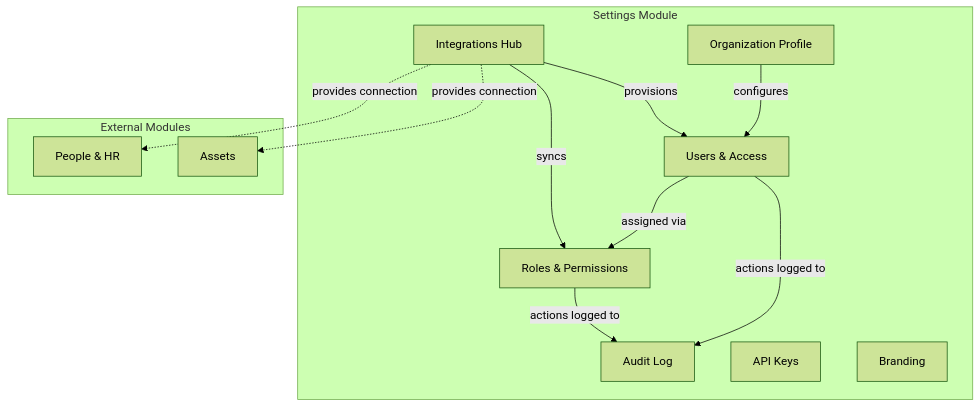
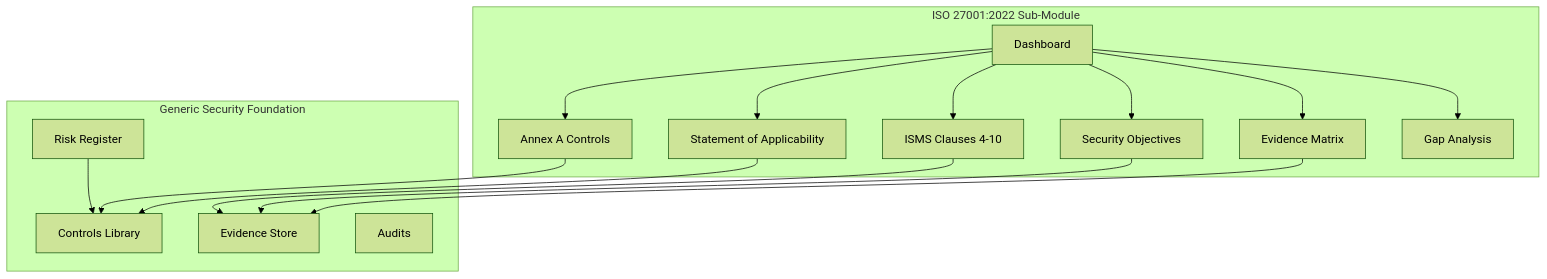
The diagram in apps/web/content/docs/isms.mdx (stellarsoft-tech/IdaraOS), drawn with Mermaid (forest theme) before and after one commit. The commit also changed other lines of this file and 18 other files, not shown here.

Commit message:
feat: added security objectives modules

````diff
--- a/apps/web/content/docs/isms.mdx
+++ b/apps/web/content/docs/isms.mdx
@@ -9,27 +11,33 @@
 ```mermaid
 graph TB
-    subgraph "Settings Module"
-        ORG[Organization Profile]
-        USERS[Users & Access]
-        ROLES[Roles & Permissions]
-        INT[Integrations Hub]
-        AUDIT[Audit Log]
-        API[API Keys]
-        BRAND[Branding]
+    subgraph "ISO 27001:2022 Sub-Module"
+        DASH[Dashboard]
+        CLAUSES[ISMS Clauses 4-10]
+        OBJ[Security Objectives]
+        SOA[Statement of Applicability]
+        ANNEX[Annex A Controls]
+        EVID[Evidence Matrix]
+        GAPS[Gap Analysis]
     end
-    
-    ORG --> |configures| USERS
-    USERS --> |assigned via| ROLES
-    INT --> |provisions| USERS
-    INT --> |syncs| ROLES
-    USERS --> |actions logged to| AUDIT
-    ROLES --> |actions logged to| AUDIT
-    
-    subgraph "External Modules"
-        PEOPLE[People & HR]
-        ASSETS[Assets]
+
+    subgraph "Generic Security Foundation"
+        RISKS[Risk Register]
+        CONTROLS[Controls Library]
+        STORE[Evidence Store]
+        AUDITS[Audits]
     end
-    
-    INT -.-> |provides connection| PEOPLE
-    INT -.-> |provides connection| ASSETS
+
+    DASH --> CLAUSES
+    DASH --> OBJ
+    DASH --> SOA
+    DASH --> ANNEX
+    DASH --> EVID
+    DASH --> GAPS
+
+    SOA --> CONTROLS
+    EVID --> STORE
+    OBJ --> STORE
+    CLAUSES --> STORE
+    ANNEX --> CONTROLS
+    RISKS --> CONTROLS
 ```
````
